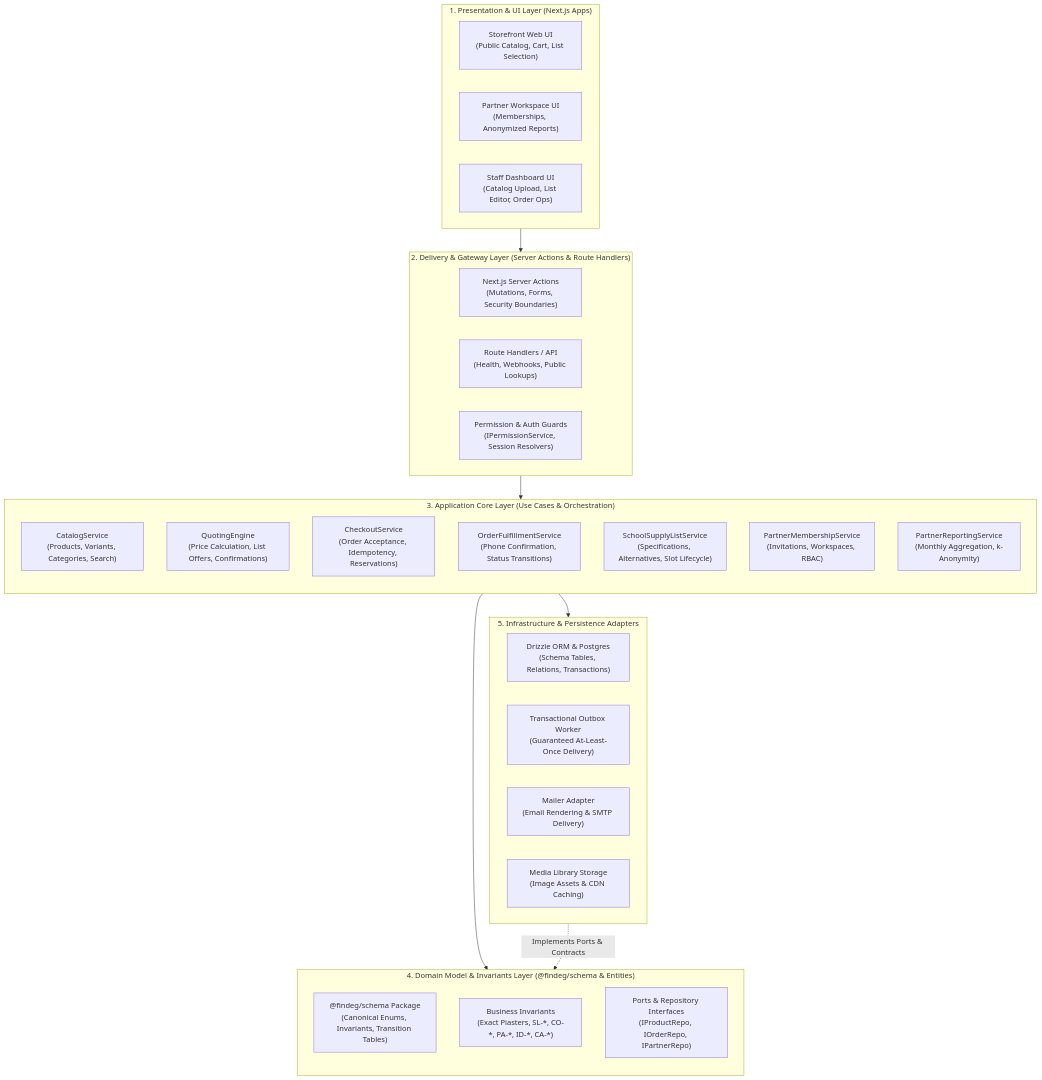
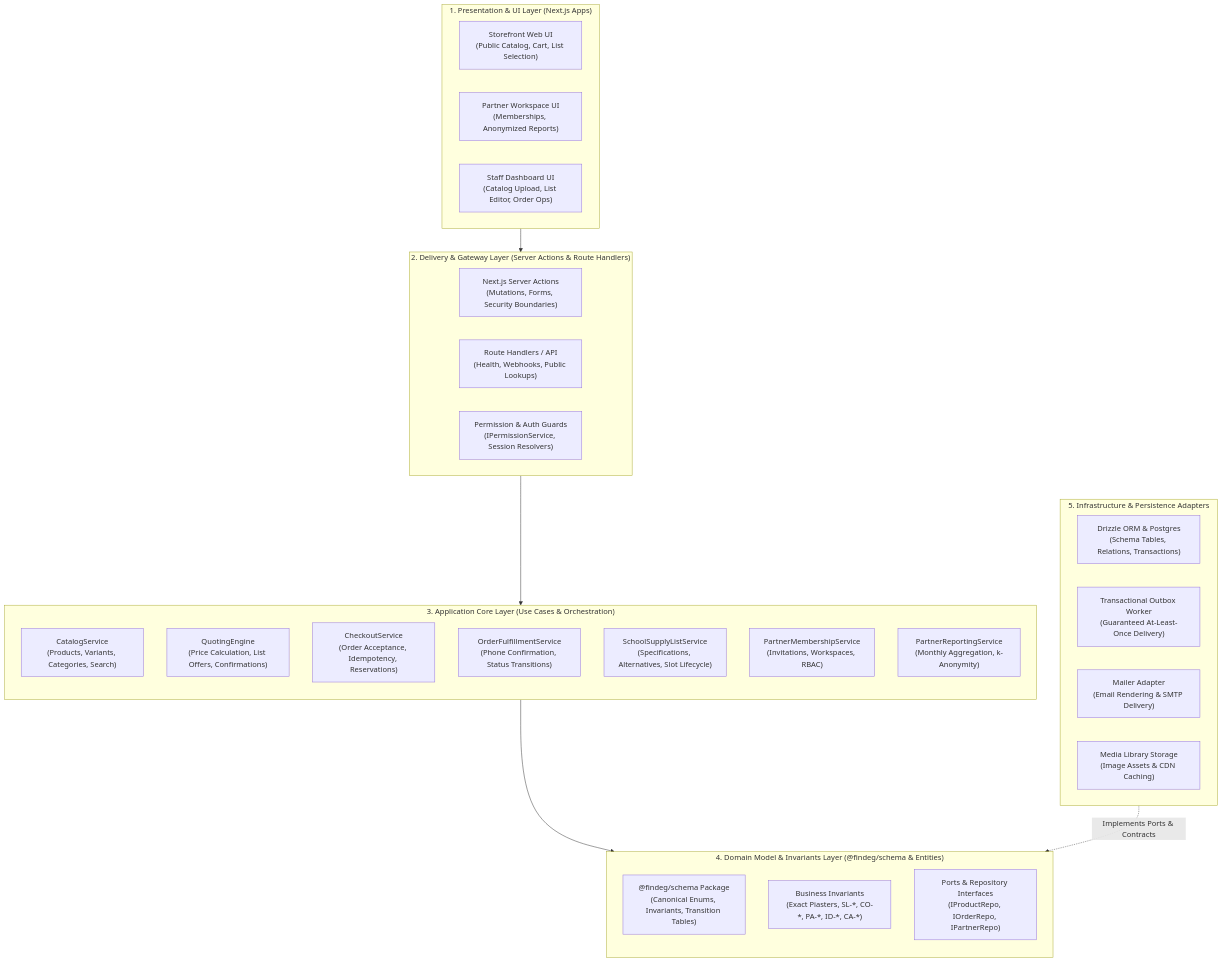
One commit to 3mrhussein/findeg changed the second of 5 diagrams in docs/business/enterprise-system-architecture.md. Above: the diagram before and after it, drawn with Mermaid. The commit also changed other lines of this file and 10 other files, not shown here.

````diff
--- a/docs/business/enterprise-system-architecture.md
+++ b/docs/business/enterprise-system-architecture.md
@@ -69,48 +69,47 @@
 ```mermaid
 flowchart TB
     subgraph LayerPresentation["1. Presentation & UI Layer (Next.js Apps)"]
         direction LR
         UI_Storefront["Storefront Web UI<br/>(Public Catalog, Cart, List Selection)"]
         UI_Partner["Partner Workspace UI<br/>(Memberships, Anonymized Reports)"]
         UI_Dashboard["Staff Dashboard UI<br/>(Catalog Upload, List Editor, Order Ops)"]
     end
 
     subgraph LayerDelivery["2. Delivery & Gateway Layer (Server Actions & Route Handlers)"]
         direction LR
         Gateway_Actions["Next.js Server Actions<br/>(Mutations, Forms, Security Boundaries)"]
         Gateway_Routes["Route Handlers / API<br/>(Health, Webhooks, Public Lookups)"]
         Gateway_Guards["Permission & Auth Guards<br/>(IPermissionService, Session Resolvers)"]
     end
 
     subgraph LayerApplication["3. Application Core Layer (Use Cases & Orchestration)"]
         direction TB
         App_Catalog["CatalogService<br/>(Products, Variants, Categories, Search)"]
         App_Quoting["QuotingEngine<br/>(Price Calculation, List Offers, Confirmations)"]
         App_Checkout["CheckoutService<br/>(Order Acceptance, Idempotency, Reservations)"]
         App_Fulfillment["OrderFulfillmentService<br/>(Phone Confirmation, Status Transitions)"]
         App_SupplyList["SchoolSupplyListService<br/>(Specifications, Alternatives, Slot Lifecycle)"]
         App_Partner["PartnerMembershipService<br/>(Invitations, Workspaces, RBAC)"]
         App_Reporting["PartnerReportingService<br/>(Monthly Aggregation, k-Anonymity)"]
     end
 
     subgraph LayerDomain["4. Domain Model & Invariants Layer (@findeg/schema & Entities)"]
         direction TB
         Domain_Schema["@findeg/schema Package<br/>(Canonical Enums, Invariants, Transition Tables)"]
         Domain_Rules["Business Invariants<br/>(Exact Piasters, SL-*, CO-*, PA-*, ID-*, CA-*)"]
         Domain_Contracts["Ports & Repository Interfaces<br/>(IProductRepo, IOrderRepo, IPartnerRepo)"]
     end
 
     subgraph LayerInfrastructure["5. Infrastructure & Persistence Adapters"]
         direction LR
         Infra_Drizzle["Drizzle ORM & Postgres<br/>(Schema Tables, Relations, Transactions)"]
         Infra_Outbox["Transactional Outbox Worker<br/>(Guaranteed At-Least-Once Delivery)"]
         Infra_Mailer["Mailer Adapter<br/>(Email Rendering & SMTP Delivery)"]
         Infra_Media["Media Library Storage<br/>(Image Assets & CDN Caching)"]
     end
 
     LayerPresentation --> LayerDelivery
     LayerDelivery --> LayerApplication
     LayerApplication --> LayerDomain
     LayerInfrastructure -.->|Implements Ports & Contracts| LayerDomain
-    LayerApplication --> LayerInfrastructure
 ```
````
